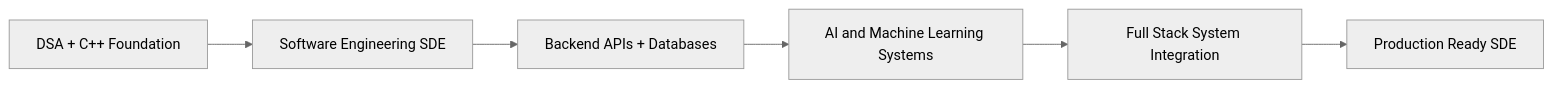
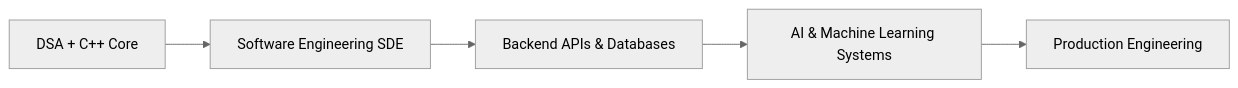
Before and after one commit to tanmay-alpha/tanmay-alpha: the diagram in README.md, drawn with Mermaid (neutral theme). The commit also changed other lines of this file, not shown here.

````diff
--- a/README.md
+++ b/README.md
@@ -485,8 +324,7 @@
 ```mermaid
 flowchart LR
-    A[DSA + C++ Foundation] --> B[Software Engineering SDE]
-    B --> C[Backend APIs + Databases]
-    C --> D[AI and Machine Learning Systems]
-    D --> E[Full Stack System Integration]
-    E --> F[Production Ready SDE]
+    A[DSA + C++ Core] --> B[Software Engineering SDE]
+    B --> C[Backend APIs & Databases]
+    C --> D[AI & Machine Learning Systems]
+    D --> E[Production Engineering]
 ```
````
